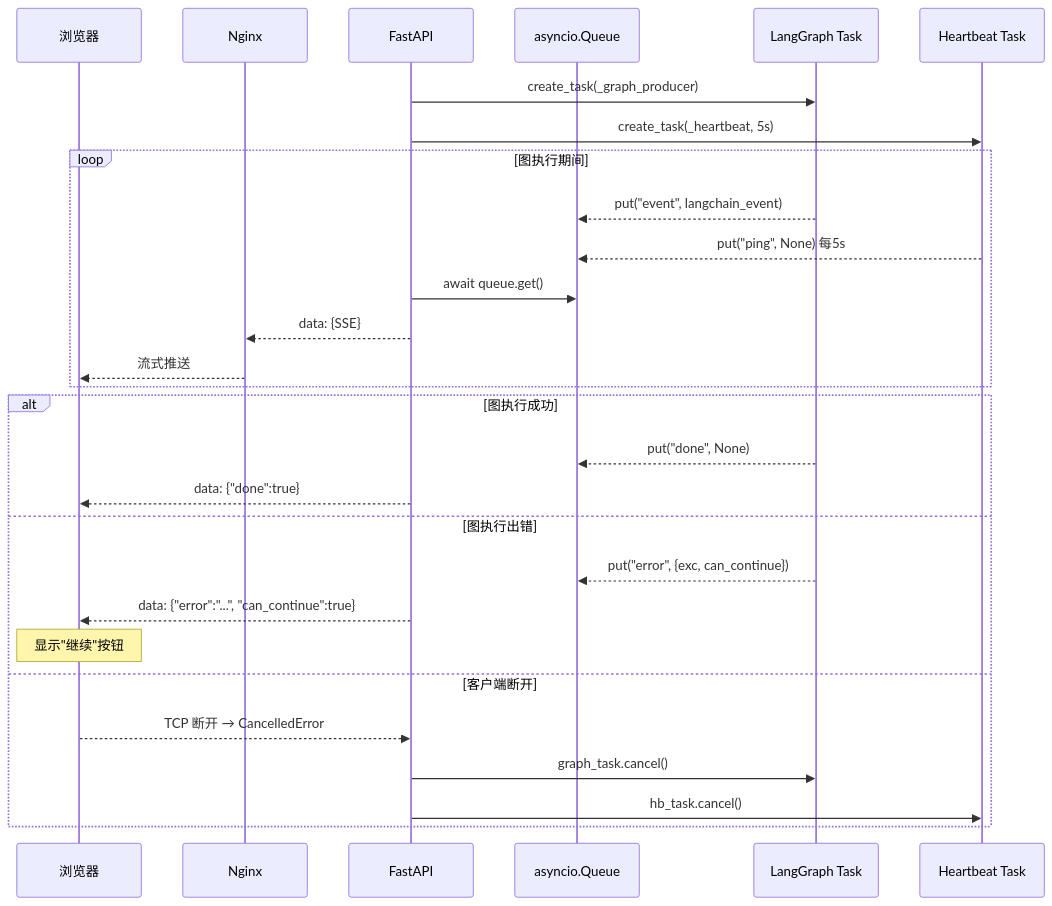
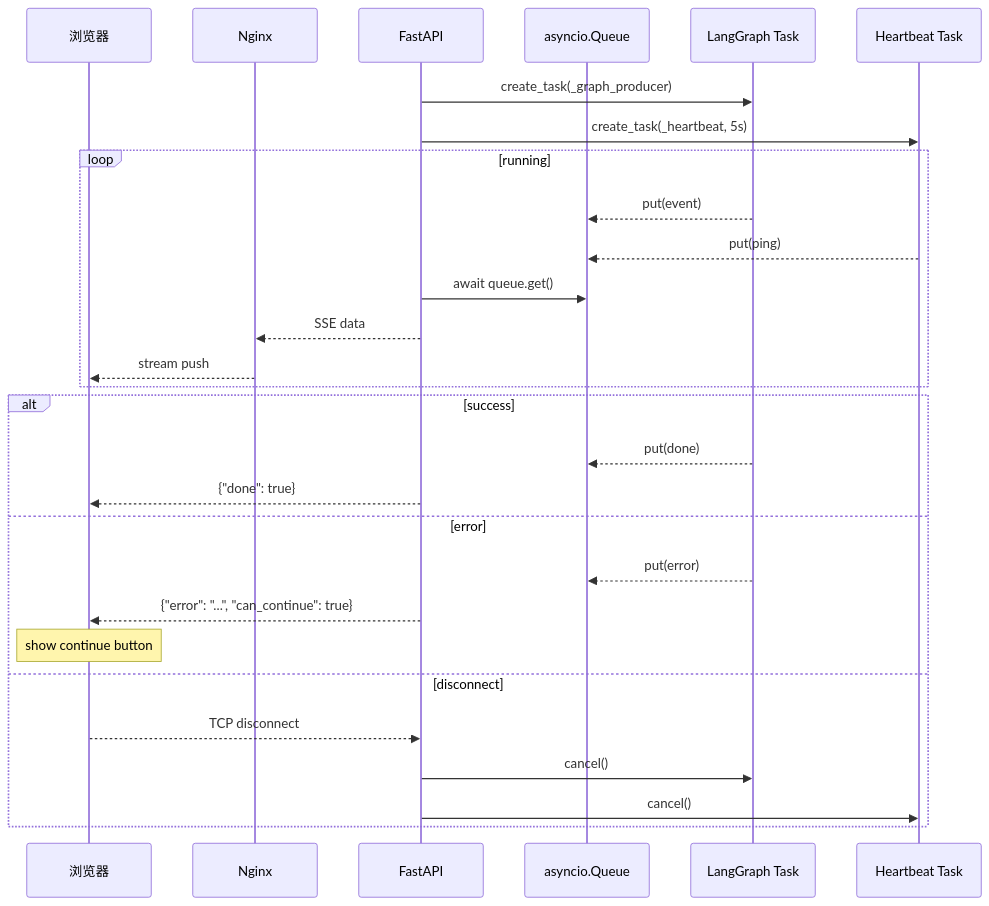
Before and after one commit to toolclub/ChatFlow: the fourth of 6 diagrams in README.md, drawn with Mermaid. The commit also changed 3 other files, not shown here.

````diff
--- a/README.md
+++ b/README.md
@@ -337,33 +337,33 @@
 ```mermaid
 sequenceDiagram
     participant B as 浏览器
     participant N as Nginx
     participant F as FastAPI
     participant Q as asyncio.Queue
     participant G as LangGraph Task
     participant H as Heartbeat Task
 
     F->>G: create_task(_graph_producer)
     F->>H: create_task(_heartbeat, 5s)
     
-    loop 图执行期间
-        G-->>Q: put("event", langchain_event)
-        H-->>Q: put("ping", None) 每5s
+    loop running
+        G-->>Q: put(event)
+        H-->>Q: put(ping)
         F->>Q: await queue.get()
-        F-->>N: data: {SSE}
-        N-->>B: 流式推送
+        F-->>N: SSE data
+        N-->>B: stream push
     end
 
-    alt 图执行成功
-        G-->>Q: put("done", None)
-        F-->>B: data: {"done":true}
-    else 图执行出错
-        G-->>Q: put("error", {exc, can_continue})
-        F-->>B: data: {"error":"...", "can_continue":true}
-        Note over B: 显示"继续"按钮
-    else 客户端断开
-        B-->>F: TCP 断开 → CancelledError
-        F->>G: graph_task.cancel()
-        F->>H: hb_task.cancel()
+    alt success
+        G-->>Q: put(done)
+        F-->>B: {"done": true}
+    else error
+        G-->>Q: put(error)
+        F-->>B: {"error": "...", "can_continue": true}
+        Note over B: show continue button
+    else disconnect
+        B-->>F: TCP disconnect
+        F->>G: cancel()
+        F->>H: cancel()
     end
 ```
````
